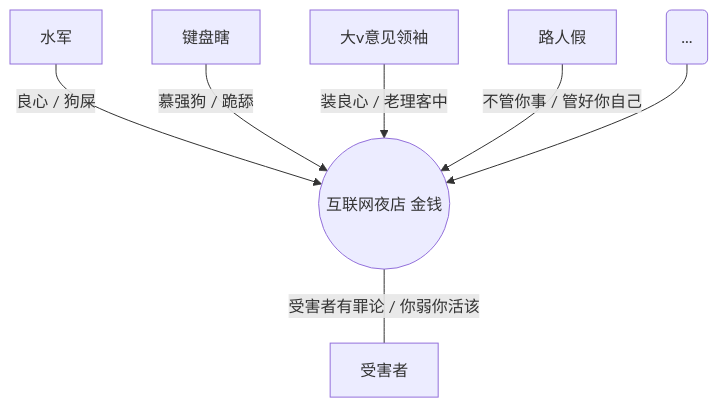
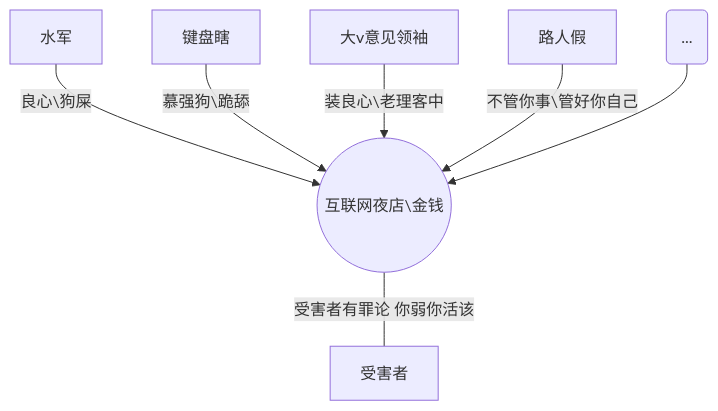
One commit to foy-wang/social changed the first of 2 diagrams in xinxin/five.md. Above: the diagram before and after it, drawn with Mermaid. The commit also changed 5860 other files, not shown here.

````diff
--- a/xinxin/five.md
+++ b/xinxin/five.md
@@ -63,14 +63,14 @@
 ```mermaid
 graph TD
- 水军-->|良心 / 狗屎|SVN((互联网夜店 金钱))
+ 水军-->|良心\狗屎|SVN((互联网夜店\金钱))
 
-    键盘瞎-->|慕强狗 / 跪舔|SVN
-    大v意见领袖-->|装良心 / 老理客中|SVN
+    键盘瞎-->|慕强狗\跪舔|SVN
+    大v意见领袖-->|装良心\老理客中|SVN
 
-    路人假-->|不管你事 / 管好你自己|SVN
+    路人假-->|不管你事\管好你自己|SVN
 
     client5(...)-->SVN
 
-    SVN---|受害者有罪论 / 你弱你活该|受害者
+    SVN---|受害者有罪论 你弱你活该|受害者
    
 ```
````
